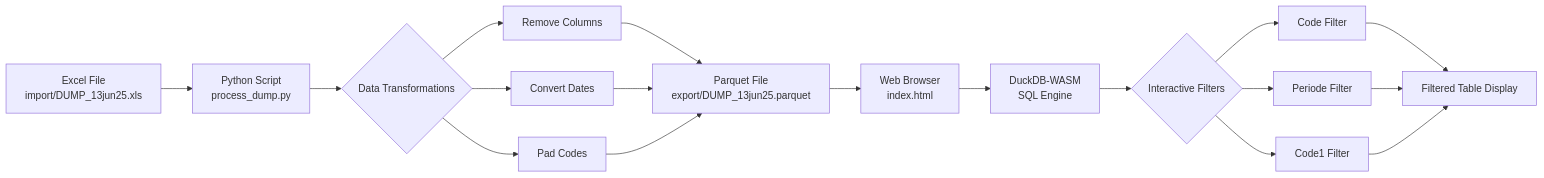
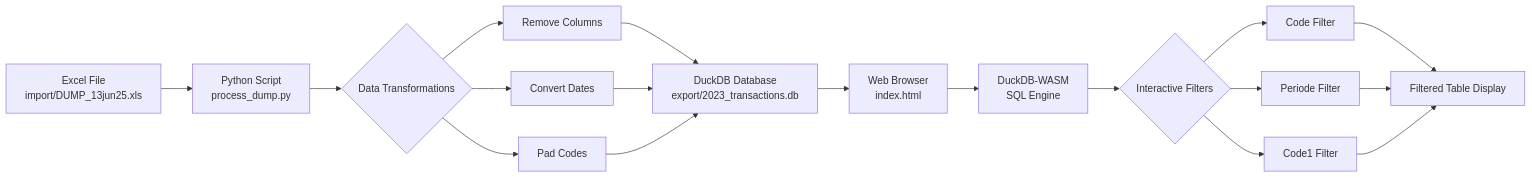
One commit to jan-ru/duck_ui5 changed the diagram in README.md. Above: the diagram before and after it, drawn with Mermaid. The commit also changed other lines of this file and 9 other files, not shown here.

First line of the commit message:
Migrate from Parquet to DuckDB and add account rollup feature

````diff
--- a/README.md
+++ b/README.md
@@ -12,20 +12,20 @@
 ```mermaid
 graph LR
     A[Excel File<br/>import/DUMP_13jun25.xls] --> B[Python Script<br/>process_dump.py]
     B --> C{Data Transformations}
     C --> D[Remove Columns]
     C --> E[Convert Dates]
     C --> F[Pad Codes]
-    D --> G[Parquet File<br/>export/DUMP_13jun25.parquet]
+    D --> G[DuckDB Database<br/>export/2023_transactions.db]
     E --> G
     F --> G
     G --> H[Web Browser<br/>index.html]
     H --> I[DuckDB-WASM<br/>SQL Engine]
     I --> J{Interactive Filters}
     J --> K[Code Filter]
     J --> L[Periode Filter]
     J --> M[Code1 Filter]
     K --> N[Filtered Table Display]
     L --> N
     M --> N
 ```
````
